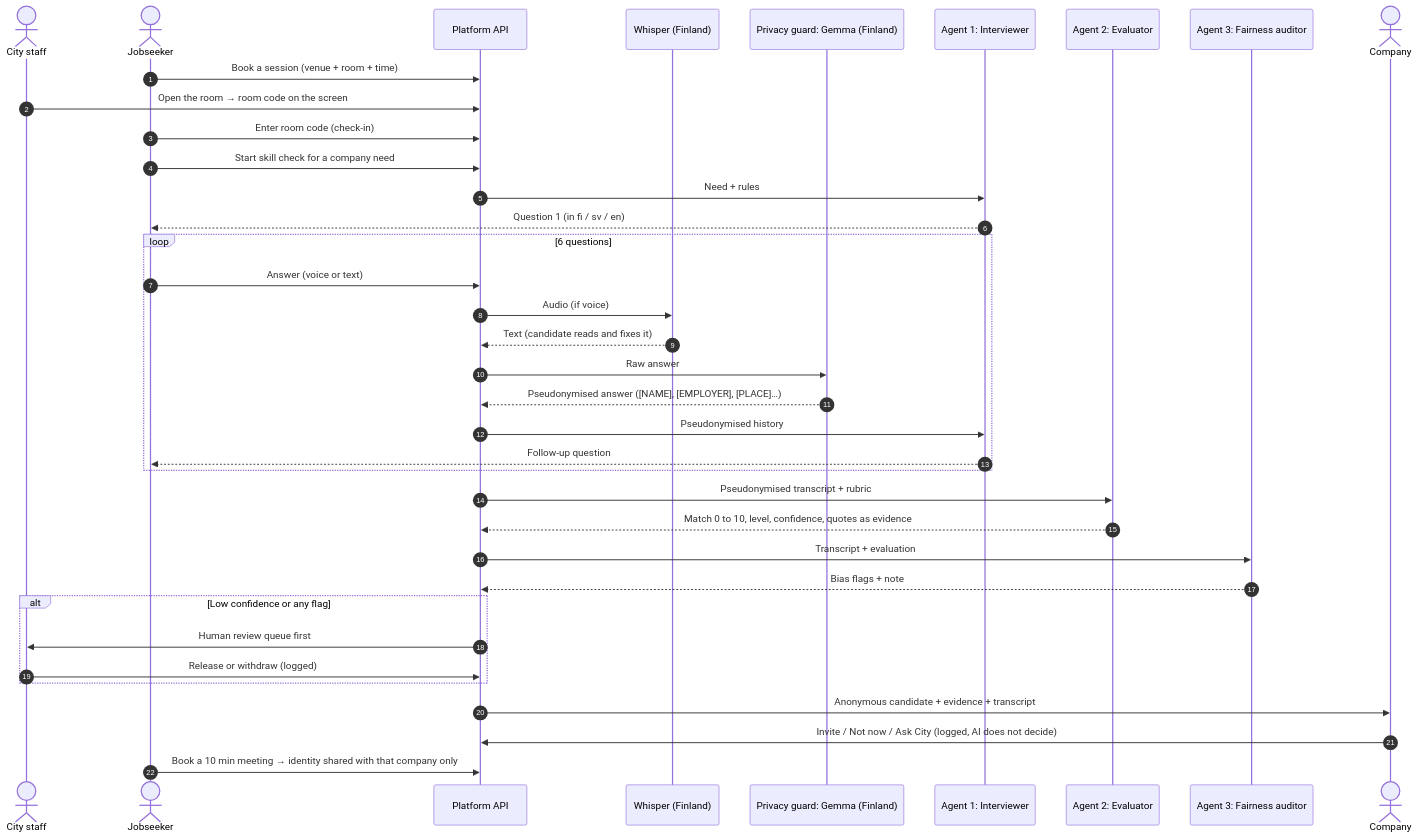
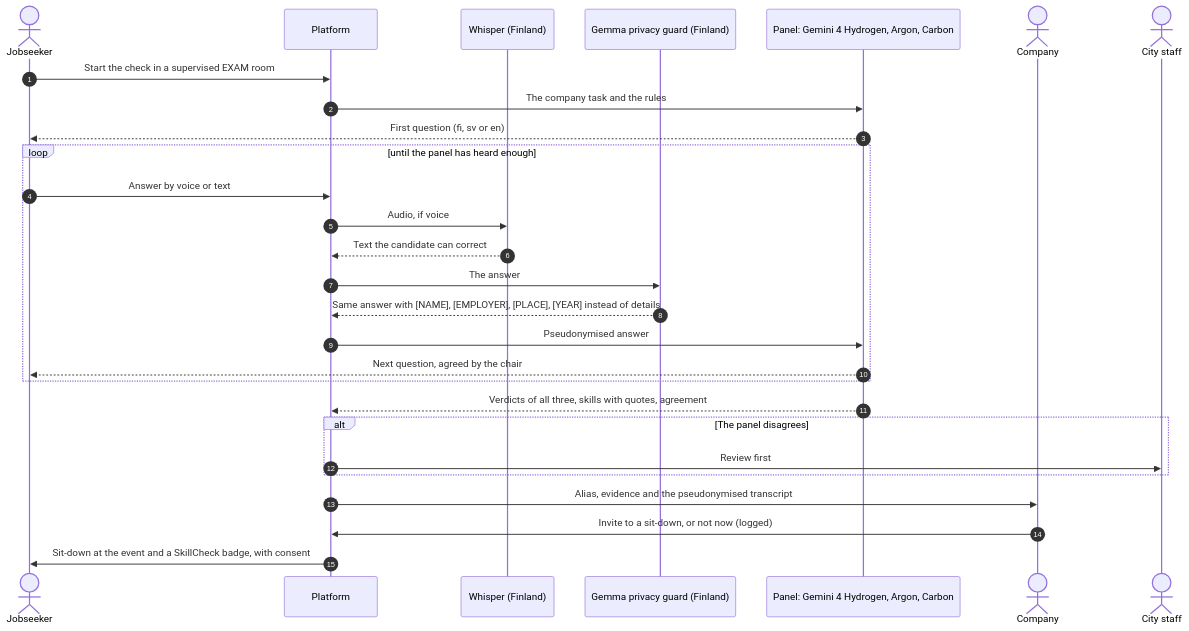
The second of 3 diagrams in docs/ARCHITECTURE.md (Sairanyx/skill-check), drawn with Mermaid before and after one commit. The commit also changed other lines of this file and 57 other files, not shown here.

````diff
--- a/docs/ARCHITECTURE.md
+++ b/docs/ARCHITECTURE.md
@@ -39,40 +44,31 @@
 ```mermaid
 sequenceDiagram
   autonumber
+  actor J as Jobseeker
+  participant App as Platform
+  participant W as Whisper (Finland)
+  participant G as Gemma privacy guard (Finland)
+  participant P as Panel: Gemini 4 Hydrogen, Argon, Carbon
+  actor Co as Company
   actor E as City staff
-  actor J as Jobseeker
-  participant App as Platform API
-  participant W as Whisper (Finland)
-  participant G as Privacy guard: Gemma (Finland)
-  participant I as Agent 1: Interviewer
-  participant V as Agent 2: Evaluator
-  participant F as Agent 3: Fairness auditor
-  actor Co as Company
 
-  J->>App: Book a session (venue + room + time)
-  E->>App: Open the room → room code on the screen
-  J->>App: Enter room code (check-in)
-  J->>App: Start skill check for a company need
-  App->>I: Need + rules
-  I-->>J: Question 1 (in fi / sv / en)
-  loop 6 questions
-    J->>App: Answer (voice or text)
-    App->>W: Audio (if voice)
-    W-->>App: Text (candidate reads and fixes it)
-    App->>G: Raw answer
-    G-->>App: Pseudonymised answer ([NAME], [EMPLOYER], [PLACE]…)
-    App->>I: Pseudonymised history
-    I-->>J: Follow-up question
+  J->>App: Start the check in a supervised EXAM room
+  App->>P: The company task and the rules
+  P-->>J: First question (fi, sv or en)
+  loop until the panel has heard enough
+    J->>App: Answer by voice or text
+    App->>W: Audio, if voice
+    W-->>App: Text the candidate can correct
+    App->>G: The answer
+    G-->>App: Same answer with [NAME], [EMPLOYER], [PLACE], [YEAR] instead of details
+    App->>P: Pseudonymised answer
+    P-->>J: Next question, agreed by the chair
   end
-  App->>V: Pseudonymised transcript + rubric
-  V-->>App: Match 0 to 10, level, confidence, quotes as evidence
-  App->>F: Transcript + evaluation
-  F-->>App: Bias flags + note
-  alt Low confidence or any flag
-    App->>E: Human review queue first
-    E->>App: Release or withdraw (logged)
+  P-->>App: Verdicts of all three, skills with quotes, agreement
+  alt The panel disagrees
+    App->>E: Review first
   end
-  App->>Co: Anonymous candidate + evidence + transcript
-  Co->>App: Invite / Not now / Ask City (logged, AI does not decide)
-  J->>App: Book a 10 min meeting → identity shared with that company only
+  App->>Co: Alias, evidence and the pseudonymised transcript
+  Co->>App: Invite to a sit-down, or not now (logged)
+  App->>J: Sit-down at the event and a SkillCheck badge, with consent
 ```
````
